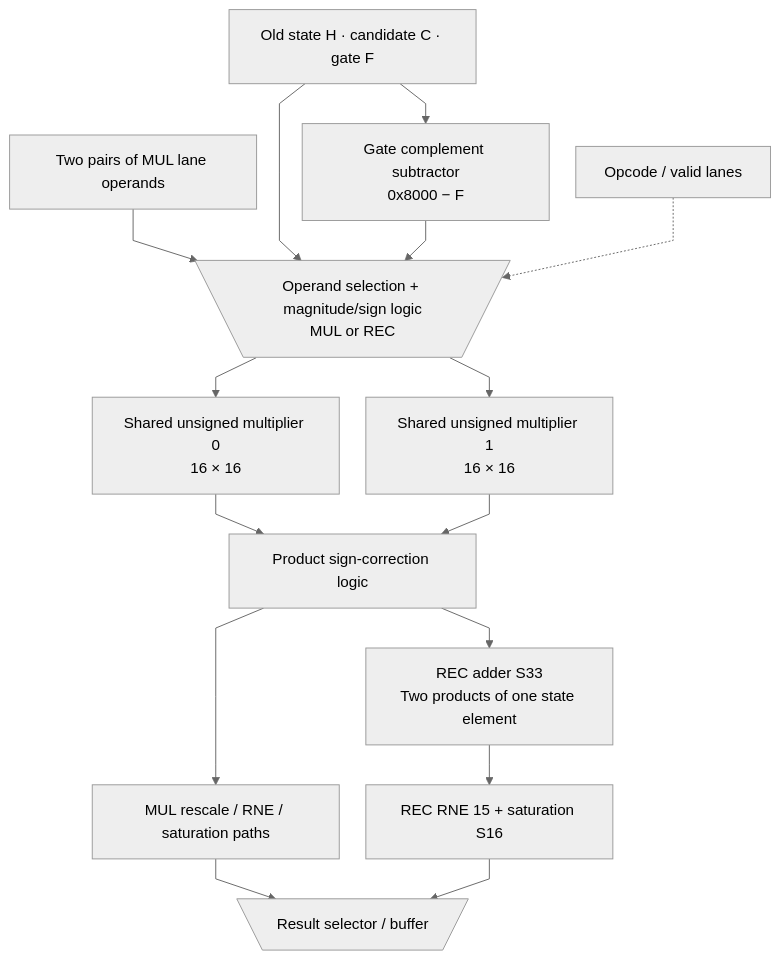
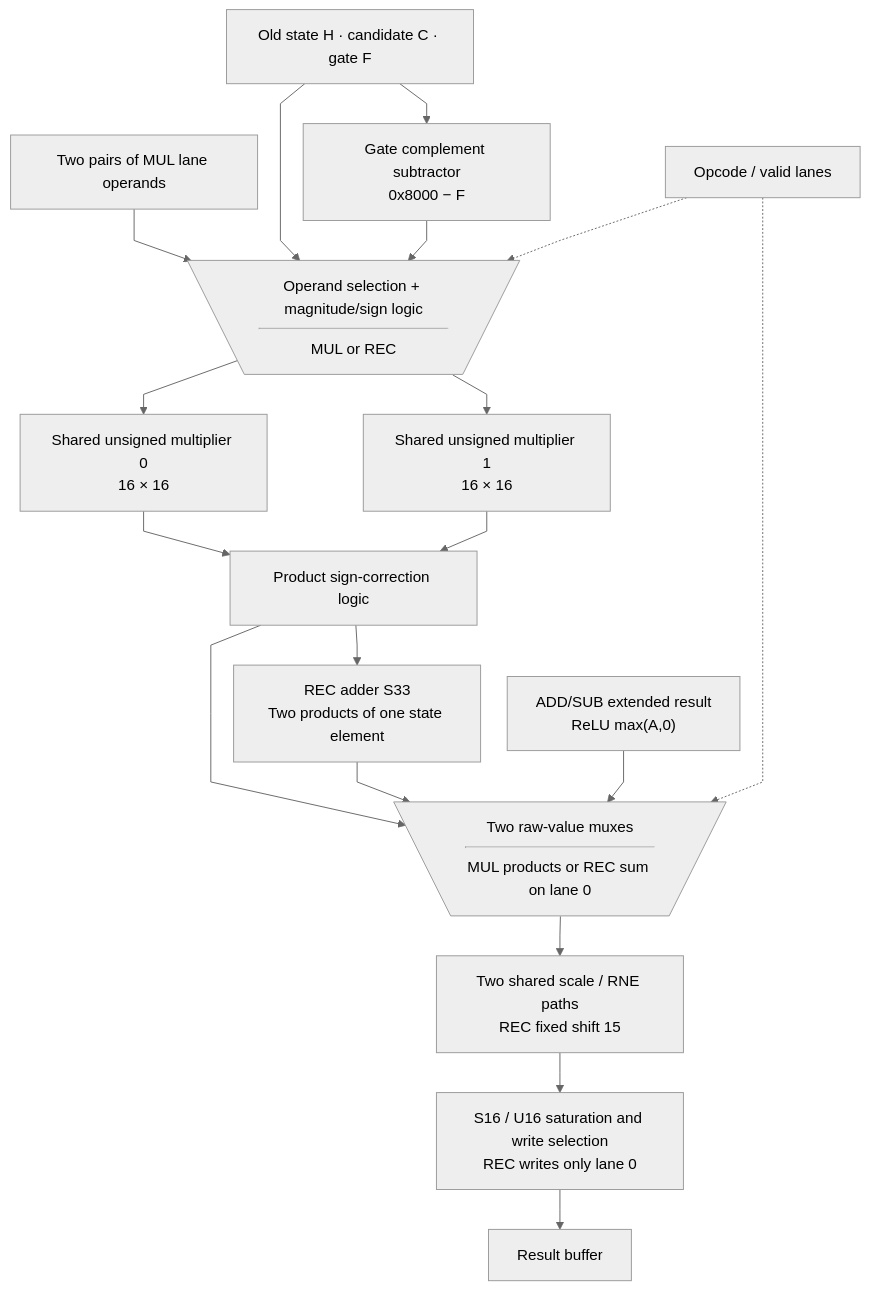
The second of 2 diagrams in docs/source_guide/blocks/rowwise_op.sv.md (nguyennhutkhanhtom/NPU), drawn with Mermaid (neutral theme) before and after one commit. The commit also changed other lines of this file and 123 other files, not shown here.

````diff
--- a/docs/source_guide/blocks/rowwise_op.sv.md
+++ b/docs/source_guide/blocks/rowwise_op.sv.md
@@ -208,18 +214,21 @@
 ```mermaid
 flowchart TB
 %%{init: {"flowchart": {"subGraphTitleMargin": {"top": 8, "bottom": 20}, "nodeSpacing": 28, "rankSpacing": 42, "curve": "linear"}}}%%
-    MULIN["Two pairs of MUL lane operands"] --> MUX@{ shape: trap-t, label: "Operand selection + magnitude/sign logic<br/>MUL or REC" }
+    MULIN["Two pairs of MUL lane operands"] --> MUX@{ shape: trap-t, label: "Operand selection + magnitude/sign logic<hr/>MUL or REC" }
     RECIN["Old state H · candidate C · gate F"] --> MUX
     RECIN --> COMP["Gate complement subtractor<br/>0x8000 − F"]
     COMP --> MUX
     OP["Opcode / valid lanes"] -.-> MUX
     MUX --> M0["Shared unsigned multiplier 0<br/>16 × 16"]
     MUX --> M1["Shared unsigned multiplier 1<br/>16 × 16"]
     M0 --> SIGN["Product sign-correction logic"]
     M1 --> SIGN
-    SIGN --> MS["MUL rescale / RNE / saturation paths"]
     SIGN --> SUM["REC adder S33<br/>Two products of one state element"]
-    SUM --> RS["REC RNE 15 + saturation S16"]
-    MS --> OUT@{ shape: trap-t, label: "Result selector / buffer" }
-    RS --> OUT
+    SIGN --> RMUX@{ shape: trap-t, label: "Two raw-value muxes<hr/>MUL products or REC sum on lane 0" }
+    SUM --> RMUX
+    OTHER["ADD/SUB extended result<br/>ReLU max(A,0)"] --> RMUX
+    OP -.-> RMUX
+    RMUX --> SCALE["Two shared scale / RNE paths<br/>REC fixed shift 15"]
+    SCALE --> SAT["S16 / U16 saturation and write selection<br/>REC writes only lane 0"]
+    SAT --> OUT["Result buffer"]
 ```
````
